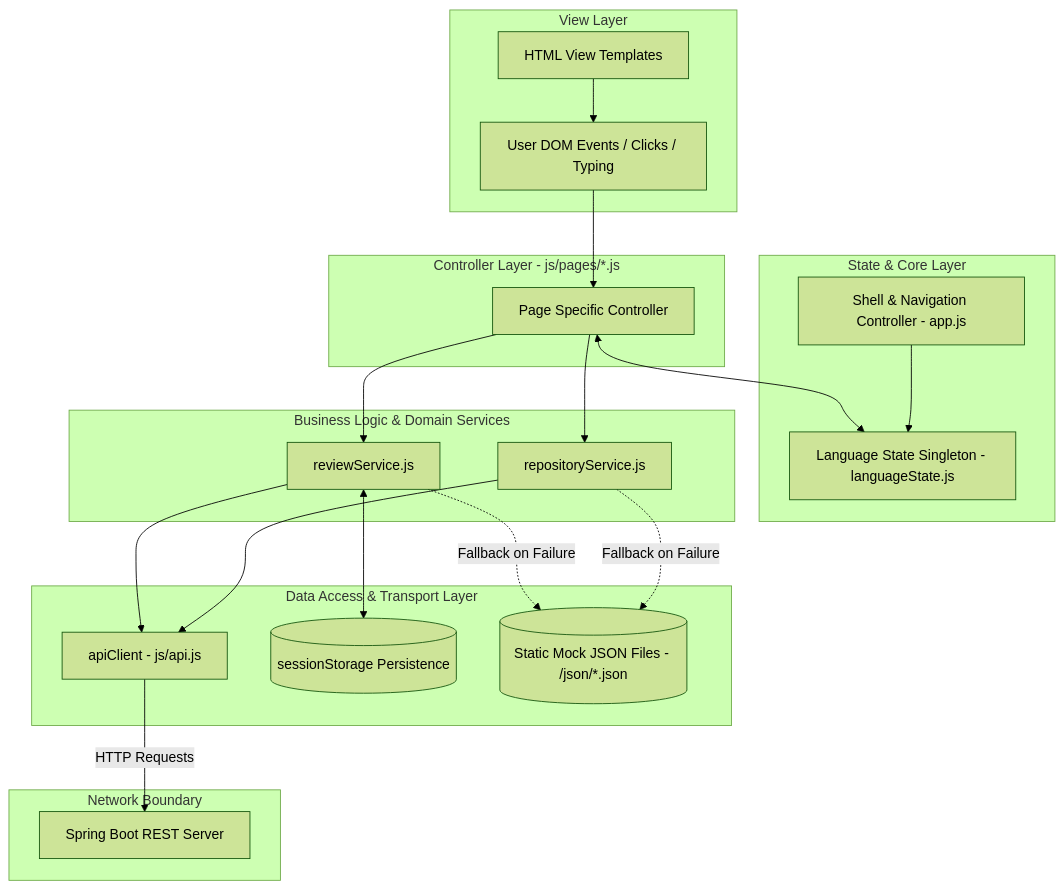
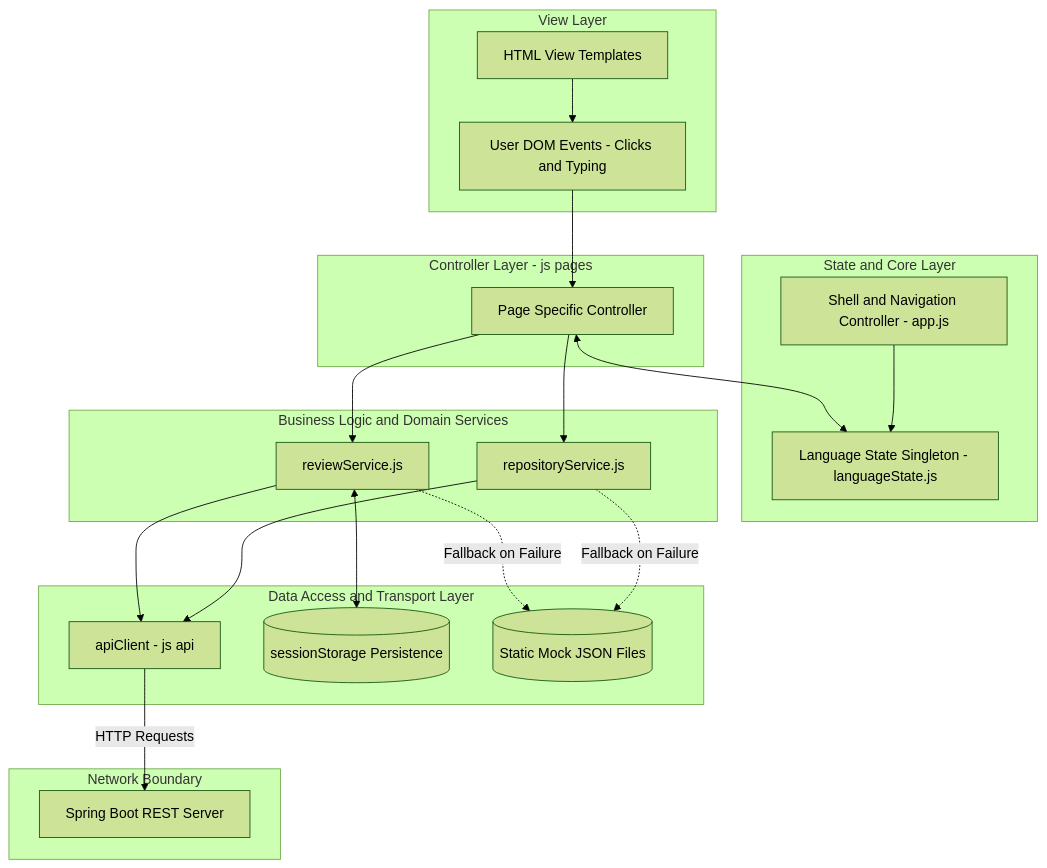
The third of 11 diagrams in README.md (Raj-Panwar/AICode-Reviewer), drawn with Mermaid (forest theme) before and after one commit. The commit also changed other lines of this file, not shown here.

First line of the commit message:
docs: update flowchart labels in README

````diff
--- a/README.md
+++ b/README.md
@@ -329,44 +329,44 @@
 ```mermaid
 flowchart TD
     subgraph ViewLayer [View Layer]
         HTML[HTML View Templates]
-        DOMEvents[User DOM Events / Clicks / Typing]
+        DOMEvents[User DOM Events - Clicks and Typing]
         HTML --> DOMEvents
     end
 
-    subgraph ControllerLayer [Controller Layer - js/pages/*.js]
+    subgraph ControllerLayer [Controller Layer - js pages]
         PageController[Page Specific Controller]
         DOMEvents --> PageController
     end
 
-    subgraph StateLayer [State & Core Layer]
+    subgraph StateLayer [State and Core Layer]
         LangState[Language State Singleton - languageState.js]
-        AppShell[Shell & Navigation Controller - app.js]
+        AppShell[Shell and Navigation Controller - app.js]
         PageController <--> LangState
         AppShell --> LangState
     end
 
-    subgraph ServiceLayer [Business Logic & Domain Services]
+    subgraph ServiceLayer [Business Logic and Domain Services]
         RevService[reviewService.js]
         RepoService[repositoryService.js]
         PageController --> RevService
         PageController --> RepoService
     end
 
-    subgraph DataAccessLayer [Data Access & Transport Layer]
-        ApiClient[apiClient - js/api.js]
+    subgraph DataAccessLayer [Data Access and Transport Layer]
+        ApiClient[apiClient - js api]
         SessionStore[(sessionStorage Persistence)]
-        JSONFixtures[(Static Mock JSON Files - /json/*.json)]
+        JSONFixtures[(Static Mock JSON Files)]
 
         RevService --> ApiClient
         RevService <--> SessionStore
         RevService -.->|Fallback on Failure| JSONFixtures
         RepoService --> ApiClient
         RepoService -.->|Fallback on Failure| JSONFixtures
     end
 
     subgraph NetworkLayer [Network Boundary]
         SpringBoot[Spring Boot REST Server]
         ApiClient -->|HTTP Requests| SpringBoot
     end
 ```
````
